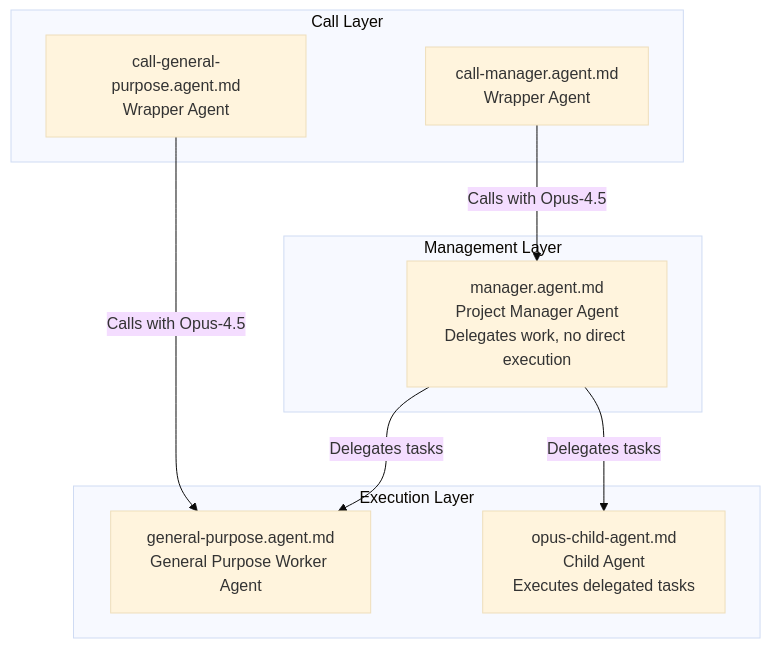
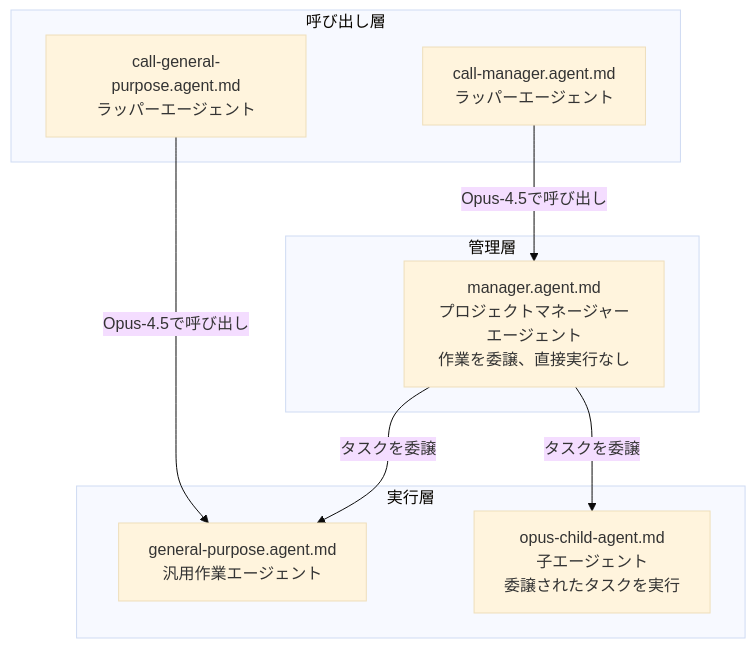
Before and after one commit to NagasakaH/dev-process: the diagram in AGENTS.md, drawn with Mermaid (base theme). The commit also changed other lines of this file, not shown here.

````diff
--- a/AGENTS.md
+++ b/AGENTS.md
@@ -7,21 +7,21 @@
 ```mermaid
 graph TB
-    subgraph "Call Layer"
-        CM[call-manager.agent.md<br/>Wrapper Agent]
-        CGP[call-general-purpose.agent.md<br/>Wrapper Agent]
+    subgraph "呼び出し層"
+        CM[call-manager.agent.md<br/>ラッパーエージェント]
+        CGP[call-general-purpose.agent.md<br/>ラッパーエージェント]
     end
     
-    subgraph "Management Layer"
-        M[manager.agent.md<br/>Project Manager Agent<br/>Delegates work, no direct execution]
+    subgraph "管理層"
+        M[manager.agent.md<br/>プロジェクトマネージャーエージェント<br/>作業を委譲、直接実行なし]
     end
     
-    subgraph "Execution Layer"
-        GP[general-purpose.agent.md<br/>General Purpose Worker Agent]
-        OC[opus-child-agent.md<br/>Child Agent<br/>Executes delegated tasks]
+    subgraph "実行層"
+        GP[general-purpose.agent.md<br/>汎用作業エージェント]
+        OC[opus-child-agent.md<br/>子エージェント<br/>委譲されたタスクを実行]
     end
     
-    CM -->|Calls with Opus-4.5| M
-    CGP -->|Calls with Opus-4.5| GP
-    M -->|Delegates tasks| OC
-    M -->|Delegates tasks| GP
+    CM -->|Opus-4.5で呼び出し| M
+    CGP -->|Opus-4.5で呼び出し| GP
+    M -->|タスクを委譲| OC
+    M -->|タスクを委譲| GP
 ```
````
